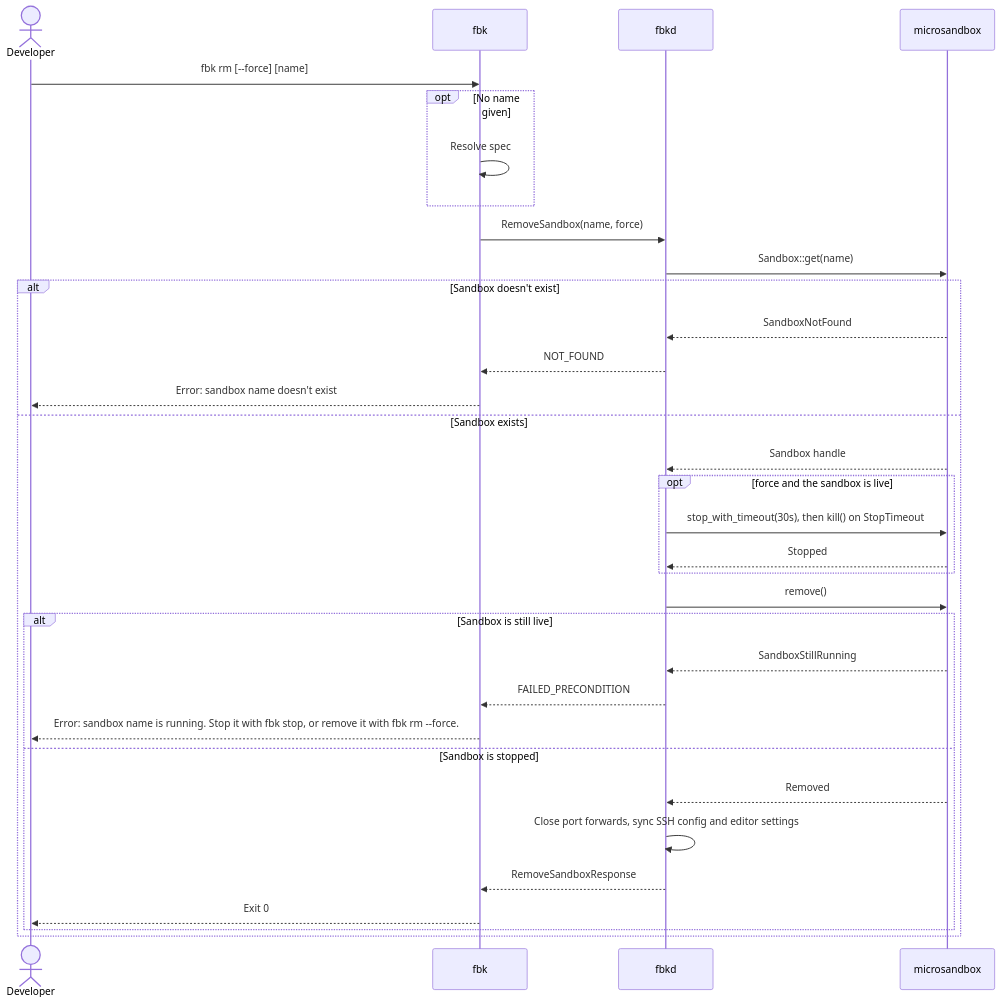
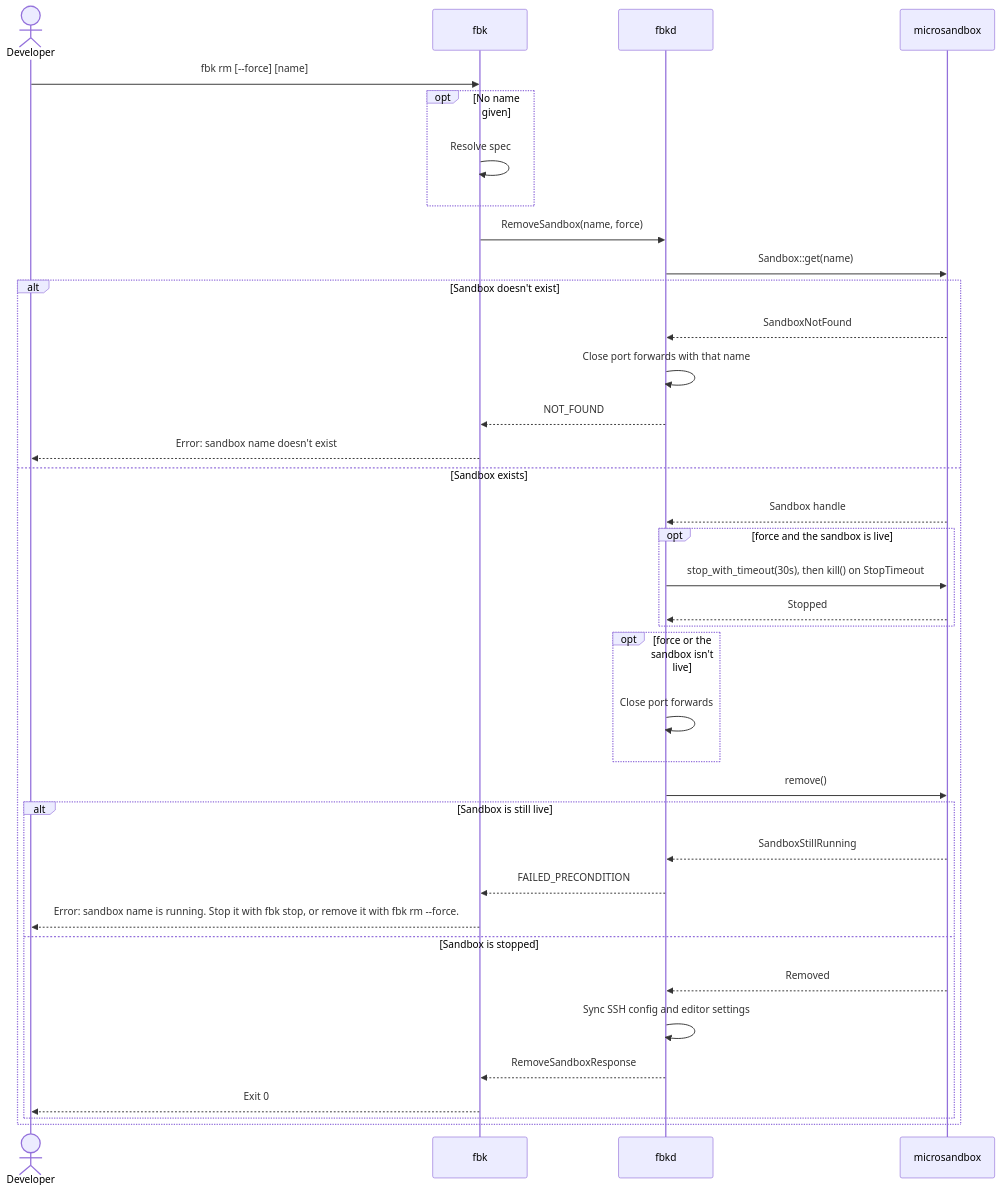
The third of 6 diagrams in docs/architecture/06-runtime-view.md (wmeints/anvil), drawn with Mermaid before and after one commit. The commit also changed other lines of this file and 3 other files, not shown here.

First line of the commit message:
fix(daemon): harden port forwards after review

````diff
--- a/docs/architecture/06-runtime-view.md
+++ b/docs/architecture/06-runtime-view.md
@@ -179,36 +184,40 @@
 ```mermaid
 sequenceDiagram
     actor Dev as Developer
     participant CLI as fbk
     participant D as fbkd
     participant MS as microsandbox
 
     Dev->>CLI: fbk rm [--force] [name]
     opt No name given
         CLI->>CLI: Resolve spec
     end
     CLI->>D: RemoveSandbox(name, force)
     D->>MS: Sandbox::get(name)
     alt Sandbox doesn't exist
         MS-->>D: SandboxNotFound
+        D->>D: Close port forwards with that name
         D-->>CLI: NOT_FOUND
         CLI-->>Dev: Error: sandbox name doesn't exist
     else Sandbox exists
         MS-->>D: Sandbox handle
         opt force and the sandbox is live
             D->>MS: stop_with_timeout(30s), then kill() on StopTimeout
             MS-->>D: Stopped
         end
+        opt force or the sandbox isn't live
+            D->>D: Close port forwards
+        end
         D->>MS: remove()
         alt Sandbox is still live
             MS-->>D: SandboxStillRunning
             D-->>CLI: FAILED_PRECONDITION
             CLI-->>Dev: Error: sandbox name is running. Stop it with fbk stop, or remove it with fbk rm --force.
         else Sandbox is stopped
             MS-->>D: Removed
-            D->>D: Close port forwards, sync SSH config and editor settings
+            D->>D: Sync SSH config and editor settings
             D-->>CLI: RemoveSandboxResponse
             CLI-->>Dev: Exit 0
         end
     end
 ```
````
